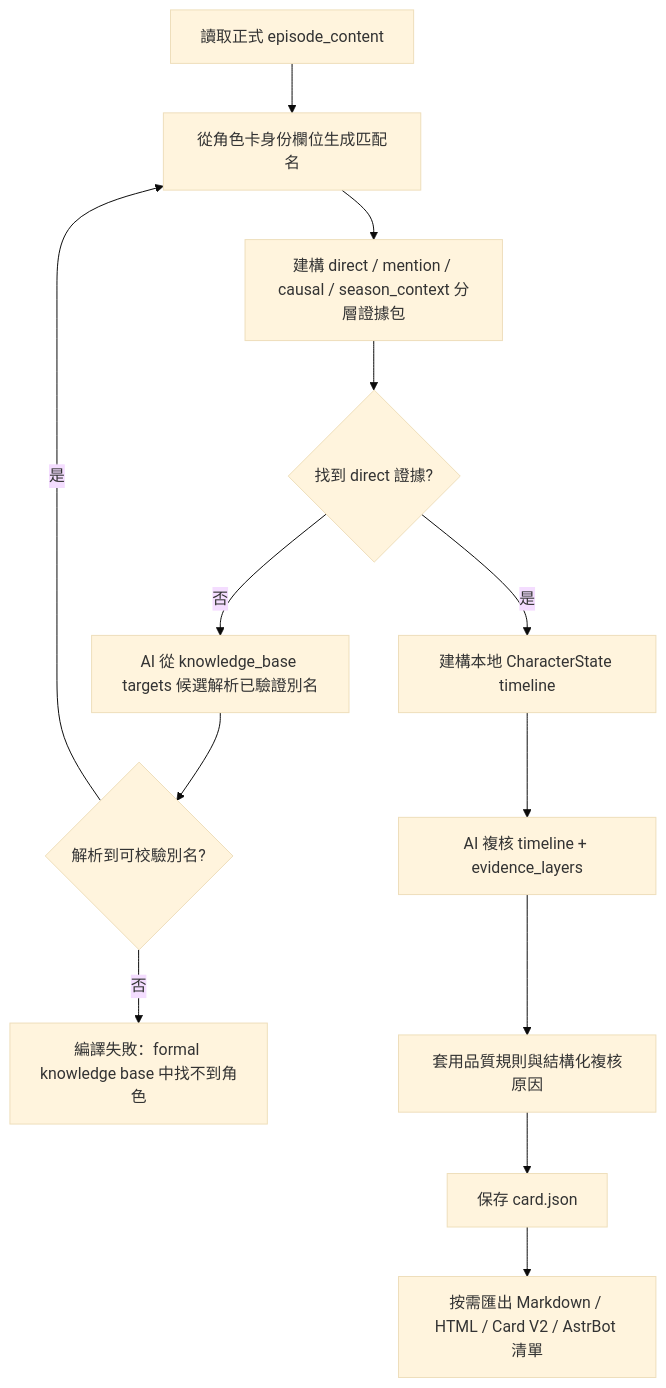
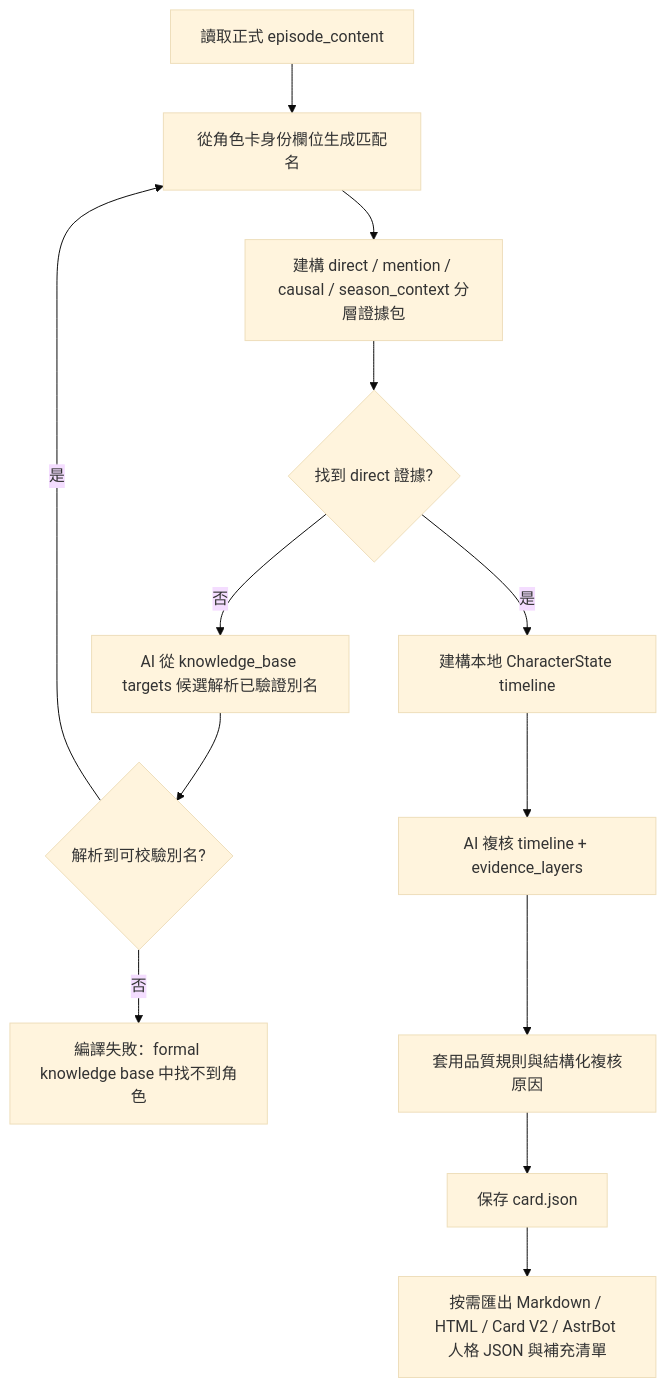
One commit to yomihime/CharaPicker changed the second of 2 diagrams in docs/reference/extraction-workflow.zh_TW.md. Above: the diagram before and after it, drawn with Mermaid (base theme). The commit also changed other lines of this file and 24 other files, not shown here.

Commit message:
feat: add AstrBot persona JSON export

````diff
--- a/docs/reference/extraction-workflow.zh_TW.md
+++ b/docs/reference/extraction-workflow.zh_TW.md
@@ -227,15 +227,15 @@
 ```mermaid
 flowchart TD
     A[讀取正式 episode_content] --> B[從角色卡身份欄位生成匹配名]
     B --> C[建構 direct / mention / causal / season_context 分層證據包]
     C --> D{找到 direct 證據?}
     D -->|否| E[AI 從 knowledge_base targets 候選解析已驗證別名]
     E --> F{解析到可校驗別名?}
     F -->|是| B
     F -->|否| X[編譯失敗：formal knowledge base 中找不到角色]
     D -->|是| G[建構本地 CharacterState timeline]
     G --> H[AI 複核 timeline + evidence_layers]
     H --> Q[套用品質規則與結構化複核原因]
     Q --> I[保存 card.json]
-    I --> J[按需匯出 Markdown / HTML / Card V2 / AstrBot 清單]
+    I --> J[按需匯出 Markdown / HTML / Card V2 / AstrBot 人格 JSON 與補充清單]
 ```
````
